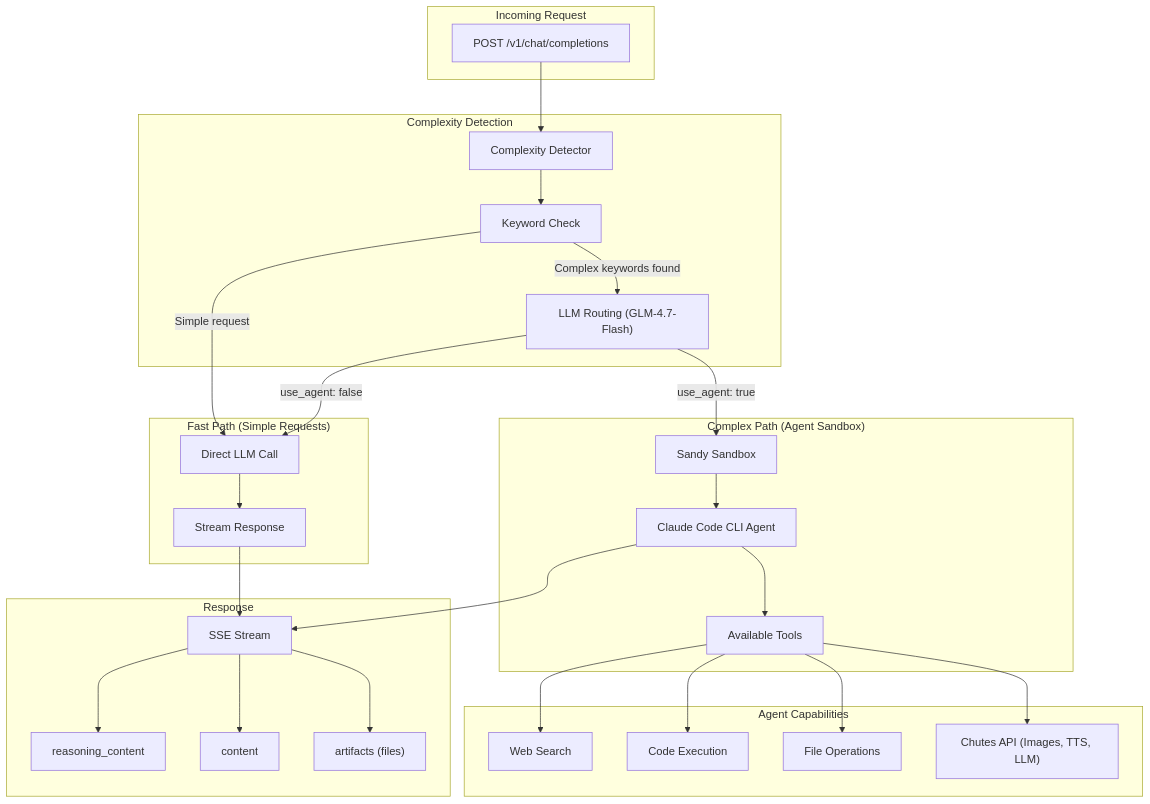
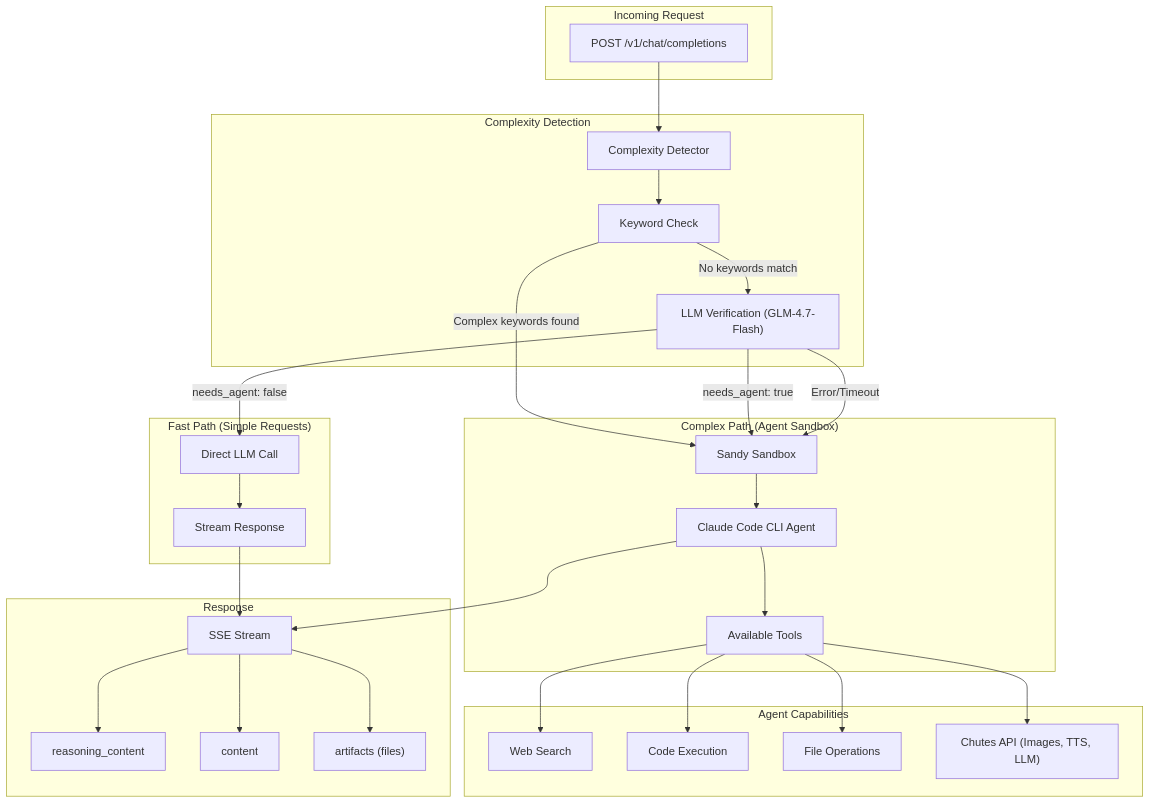
Before and after one commit to fstandhartinger/janus-poc: the diagram in baseline-agent-cli/README.md, drawn with Mermaid. The commit also changed other lines of this file and 7 other files, not shown here.

````diff
--- a/baseline-agent-cli/README.md
+++ b/baseline-agent-cli/README.md
@@ -7,59 +7,60 @@
 ```mermaid
 flowchart TB
     subgraph Request ["Incoming Request"]
         REQ["POST /v1/chat/completions"]
     end
 
     subgraph Routing ["Complexity Detection"]
         DETECT["Complexity Detector"]
         KEYWORDS["Keyword Check"]
-        LLM_ROUTE["LLM Routing (GLM-4.7-Flash)"]
+        LLM_VERIFY["LLM Verification (GLM-4.7-Flash)"]
     end
 
     subgraph FastPath ["Fast Path (Simple Requests)"]
         FAST_LLM["Direct LLM Call"]
         FAST_STREAM["Stream Response"]
     end
 
     subgraph ComplexPath ["Complex Path (Agent Sandbox)"]
         SANDY["Sandy Sandbox"]
         AGENT["Claude Code CLI Agent"]
         TOOLS["Available Tools"]
     end
 
     subgraph Tools ["Agent Capabilities"]
         SEARCH["Web Search"]
         CODE["Code Execution"]
         FILES["File Operations"]
         CHUTES_API["Chutes API (Images, TTS, LLM)"]
     end
 
     subgraph Response ["Response"]
         SSE["SSE Stream"]
         REASONING["reasoning_content"]
         CONTENT["content"]
         ARTIFACTS["artifacts (files)"]
     end
 
     REQ --> DETECT
     DETECT --> KEYWORDS
-    KEYWORDS -->|"Complex keywords found"| LLM_ROUTE
-    KEYWORDS -->|"Simple request"| FAST_LLM
-    LLM_ROUTE -->|"use_agent: true"| SANDY
-    LLM_ROUTE -->|"use_agent: false"| FAST_LLM
+    KEYWORDS -->|"Complex keywords found"| SANDY
+    KEYWORDS -->|"No keywords match"| LLM_VERIFY
+    LLM_VERIFY -->|"needs_agent: true"| SANDY
+    LLM_VERIFY -->|"needs_agent: false"| FAST_LLM
+    LLM_VERIFY -->|"Error/Timeout"| SANDY
 
     FAST_LLM --> FAST_STREAM
     FAST_STREAM --> SSE
 
     SANDY --> AGENT
     AGENT --> TOOLS
     TOOLS --> SEARCH
     TOOLS --> CODE
     TOOLS --> FILES
     TOOLS --> CHUTES_API
     AGENT --> SSE
 
     SSE --> REASONING
     SSE --> CONTENT
     SSE --> ARTIFACTS
 ```
````
